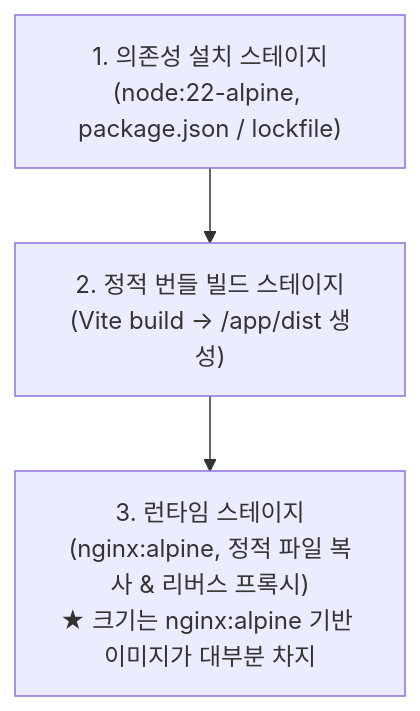
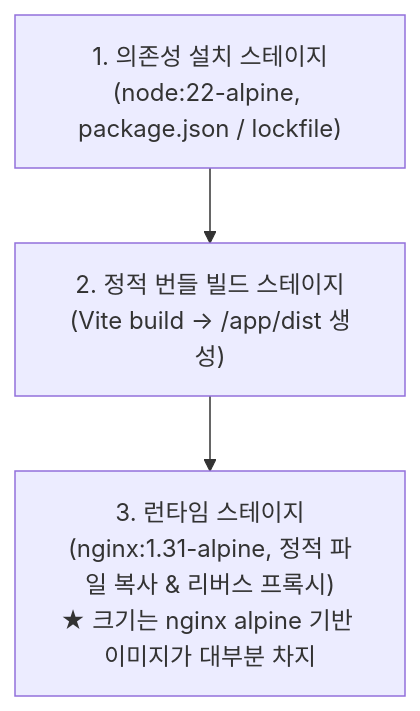
The second of 2 diagrams in docs/docker/build-optimization.md (kjayvam/file-template), drawn with Mermaid before and after one commit. The commit also changed other lines of this file and 5 other files, not shown here.

````diff
--- a/docs/docker/build-optimization.md
+++ b/docs/docker/build-optimization.md
@@ -34,8 +34,8 @@
 ```mermaid
 flowchart TD
     DevDeps["1. 의존성 설치 스테이지<br/>(node:22-alpine, package.json / lockfile)"]
     Bundler["2. 정적 번들 빌드 스테이지<br/>(Vite build -> /app/dist 생성)"]
-    Nginx["3. 런타임 스테이지<br/>(nginx:alpine, 정적 파일 복사 & 리버스 프록시)<br/>★ 크기는 nginx:alpine 기반 이미지가 대부분 차지"]
+    Nginx["3. 런타임 스테이지<br/>(nginx:1.31-alpine, 정적 파일 복사 & 리버스 프록시)<br/>★ 크기는 nginx alpine 기반 이미지가 대부분 차지"]
 
     DevDeps --> Bundler --> Nginx
 ```
````
